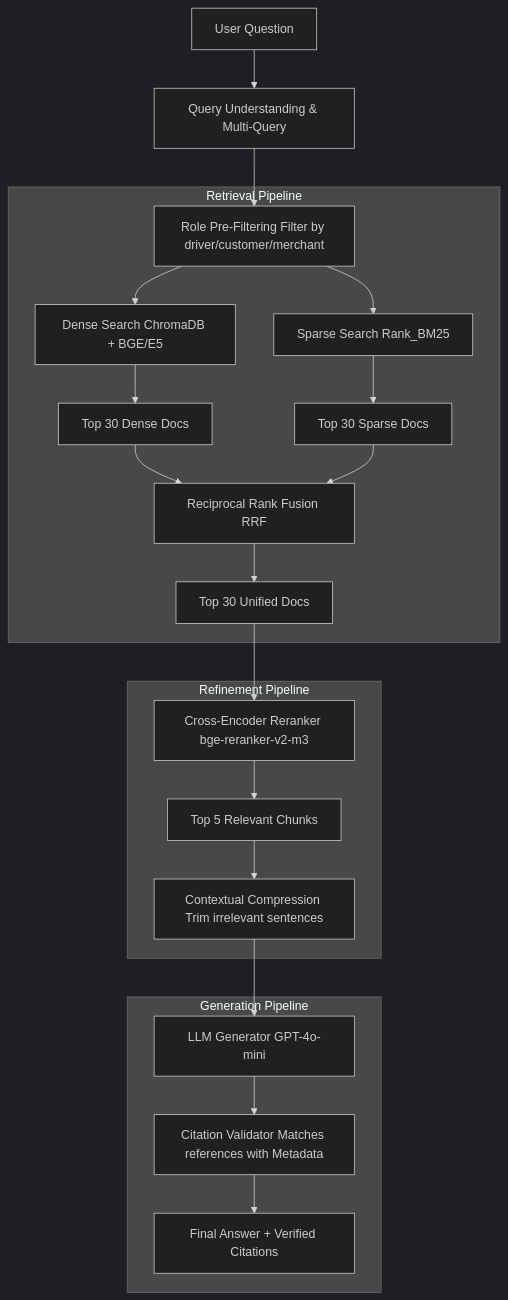
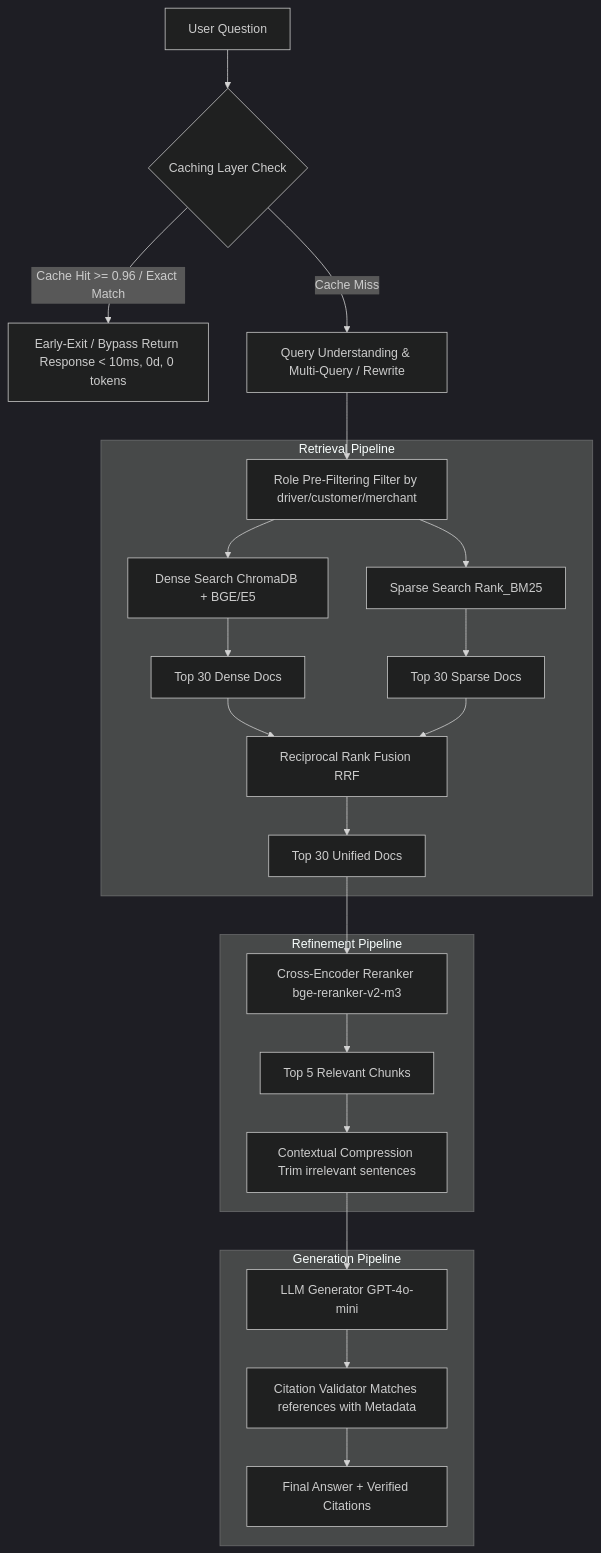
One commit to dungltcn272/XANH_SM_AI_ASSISTANT_V1 changed the diagram in SKILL.md. Above: the diagram before and after it, drawn with Mermaid (dark theme). The commit also changed 4 other files, not shown here.

````diff
--- a/SKILL.md
+++ b/SKILL.md
@@ -16,26 +16,28 @@
 ```mermaid
 graph TD
-    Question[User Question] --> QU[Query Understanding & Multi-Query]
+    Question[User Question] --> CacheCheck{Caching Layer Check}
+    CacheCheck -->|Cache Hit >= 0.96 / Exact Match| FastReturn[Early-Exit / Bypass Return Response < 10ms, 0d, 0 tokens]
+    CacheCheck -->|Cache Miss| QU[Query Understanding & Multi-Query / Rewrite]
     QU --> Filter[Role Pre-Filtering Filter by driver/customer/merchant]
     
     subgraph Retrieval Pipeline
         Filter --> DS[Dense Search ChromaDB + BGE/E5]
         Filter --> SS[Sparse Search Rank_BM25]
         DS --> Top30Dense[Top 30 Dense Docs]
         SS --> Top30Sparse[Top 30 Sparse Docs]
         Top30Dense & Top30Sparse --> RRF[Reciprocal Rank Fusion RRF]
         RRF --> Top30Merged[Top 30 Unified Docs]
     end
     
     subgraph Refinement Pipeline
         Top30Merged --> Rerank[Cross-Encoder Reranker bge-reranker-v2-m3]
         Rerank --> Top5[Top 5 Relevant Chunks]
         Top5 --> Compress[Contextual Compression Trim irrelevant sentences]
     end
     
     subgraph Generation Pipeline
         Compress --> LLM[LLM Generator GPT-4o-mini]
         LLM --> Citation[Citation Validator Matches references with Metadata]
         Citation --> Response[Final Answer + Verified Citations]
     end
 ```
````
